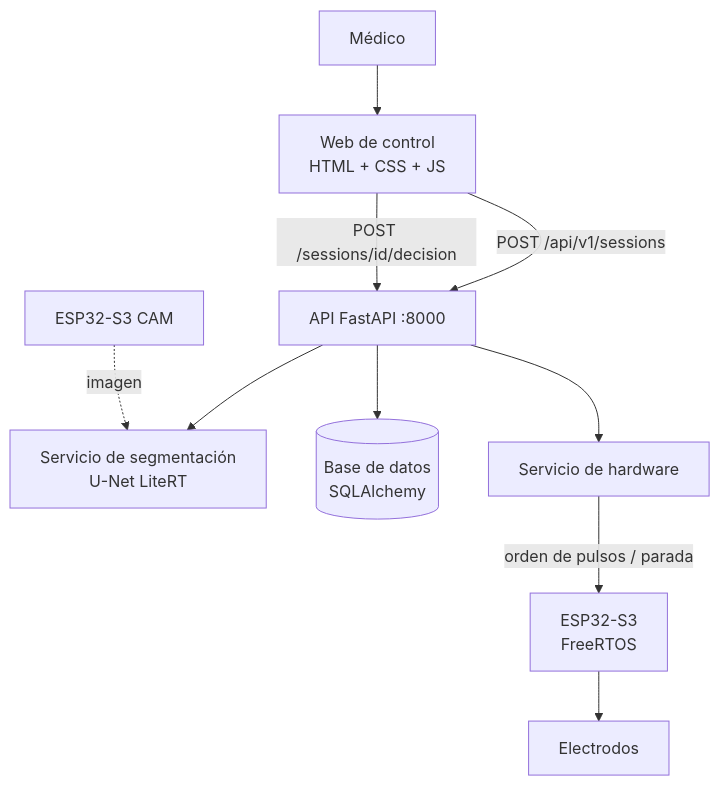
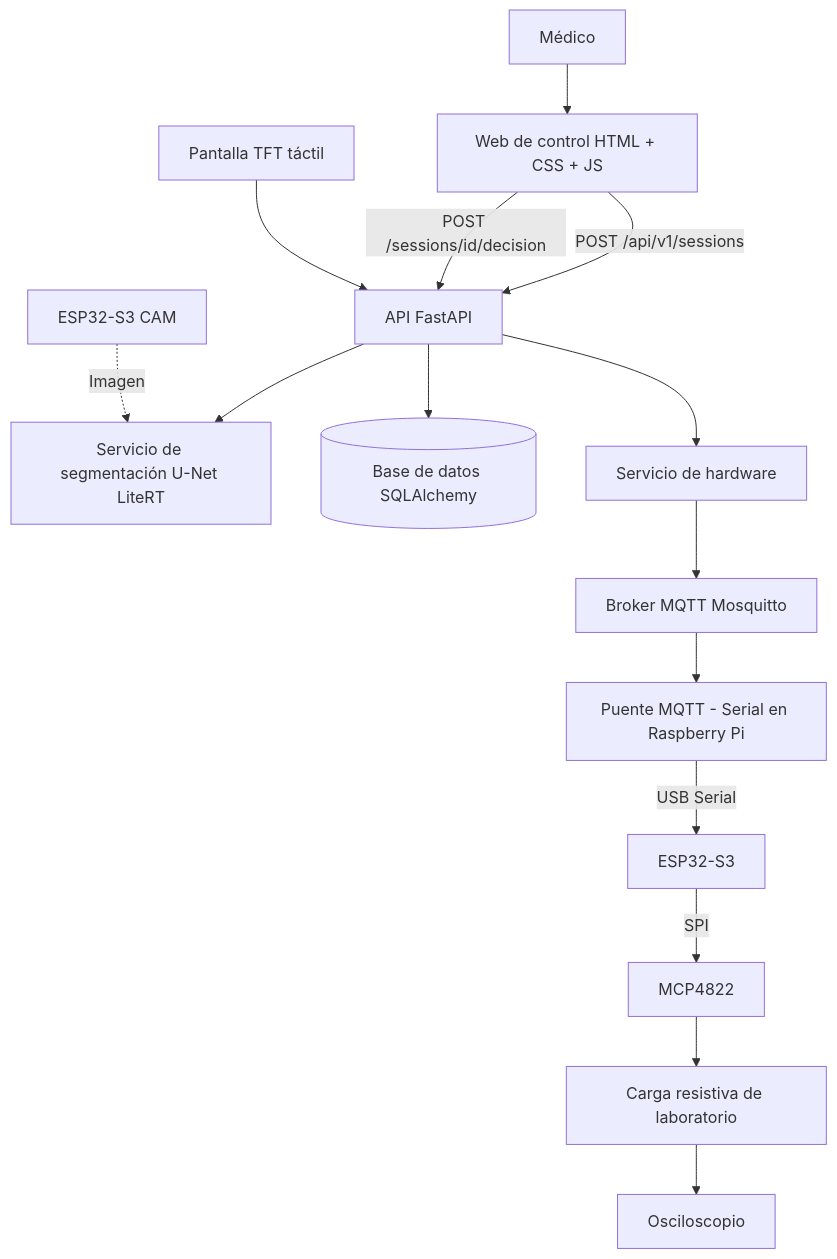
One commit to AlejandroUrregoIdarraga29/pie-diabetico-ia changed the first of 4 diagrams in README.md. Above: the diagram before and after it, drawn with Mermaid. The commit also changed other lines of this file, not shown here.

````diff
--- a/README.md
+++ b/README.md
@@ -64,12 +144,21 @@
 ```mermaid
 flowchart TD
-    M[Médico] --> WEB[Web de control<br/>HTML + CSS + JS]
-    WEB -->|POST /api/v1/sessions| API[API FastAPI :8000]
+    M[Médico] --> WEB[Web de control HTML + CSS + JS]
+    WEB -->|POST /api/v1/sessions| API[API FastAPI]
     WEB -->|POST /sessions/id/decision| API
-    API --> SEG[Servicio de segmentación<br/>U-Net LiteRT]
-    API --> DB[(Base de datos<br/>SQLAlchemy)]
+
+    API --> SEG[Servicio de segmentación U-Net LiteRT]
+    API --> DB[(Base de datos SQLAlchemy)]
     API --> HW[Servicio de hardware]
-    HW -->|orden de pulsos / parada| ESP[ESP32-S3<br/>FreeRTOS]
-    ESP --> ELEC[Electrodos]
-    CAM[ESP32-S3 CAM] -.->|imagen| SEG
+
+    CAM[ESP32-S3 CAM] -.->|Imagen| SEG
+
+    TFT[Pantalla TFT táctil] --> API
+
+    HW --> MQTT[Broker MQTT Mosquitto]
+    MQTT --> BRIDGE[Puente MQTT - Serial en Raspberry Pi]
+    BRIDGE -->|USB Serial| ESP[ESP32-S3]
+    ESP -->|SPI| DAC[MCP4822]
+    DAC --> CARGA[Carga resistiva de laboratorio]
+    CARGA --> OSC[Osciloscopio]
 ```
````
